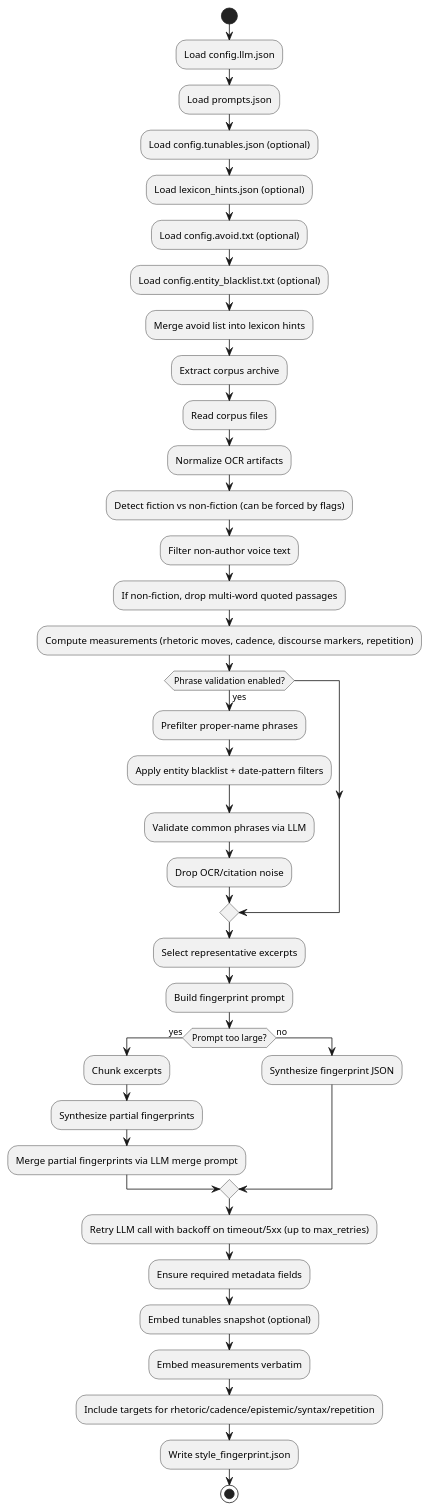
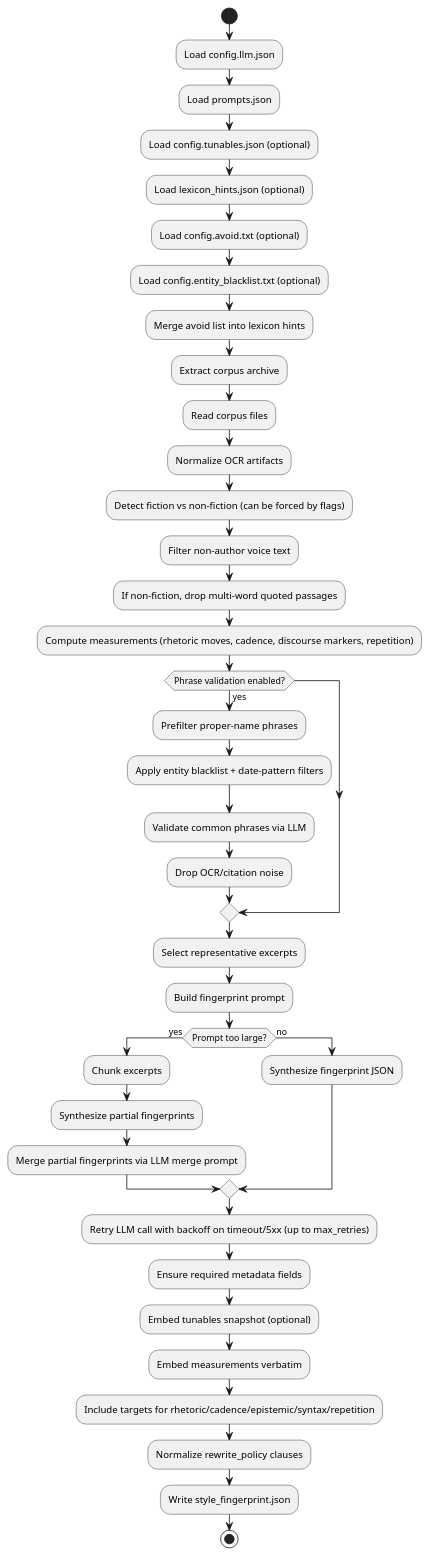
Before and after one commit to ngpepin/stylometric-transfer: the second of 3 diagrams in UML-Fingerprint.md, drawn with PlantUML. The commit also changed other lines of this file and 6 other files, not shown here.

Commit message:
fix: normalize verbose/duplicative rewrite_policy clauses in fingerprint processing

````diff
--- a/UML-Fingerprint.md
+++ b/UML-Fingerprint.md
@@ -84,47 +85,48 @@
 ```plantuml
 @startuml
 start
 :Load config.llm.json;
 :Load prompts.json;
 :Load config.tunables.json (optional);
 :Load lexicon_hints.json (optional);
 :Load config.avoid.txt (optional);
 :Load config.entity_blacklist.txt (optional);
 :Merge avoid list into lexicon hints;
 
 :Extract corpus archive;
 :Read corpus files;
 :Normalize OCR artifacts;
 :Detect fiction vs non-fiction (can be forced by flags);
 :Filter non-author voice text;
 :If non-fiction, drop multi-word quoted passages;
 :Compute measurements (rhetoric moves, cadence, discourse markers, repetition);
 
 if (Phrase validation enabled?) then (yes)
   :Prefilter proper-name phrases;
   :Apply entity blacklist + date-pattern filters;
   :Validate common phrases via LLM;
   :Drop OCR/citation noise;
 endif
 
 :Select representative excerpts;
 :Build fingerprint prompt;
 
 if (Prompt too large?) then (yes)
   :Chunk excerpts;
   :Synthesize partial fingerprints;
   :Merge partial fingerprints via LLM merge prompt;
 else (no)
   :Synthesize fingerprint JSON;
 endif
 
 :Retry LLM call with backoff on timeout/5xx (up to max_retries);
 
 :Ensure required metadata fields;
 :Embed tunables snapshot (optional);
 :Embed measurements verbatim;
 :Include targets for rhetoric/cadence/epistemic/syntax/repetition;
+:Normalize rewrite_policy clauses;
 :Write style_fingerprint.json;
 stop
 @enduml
 ```
````
